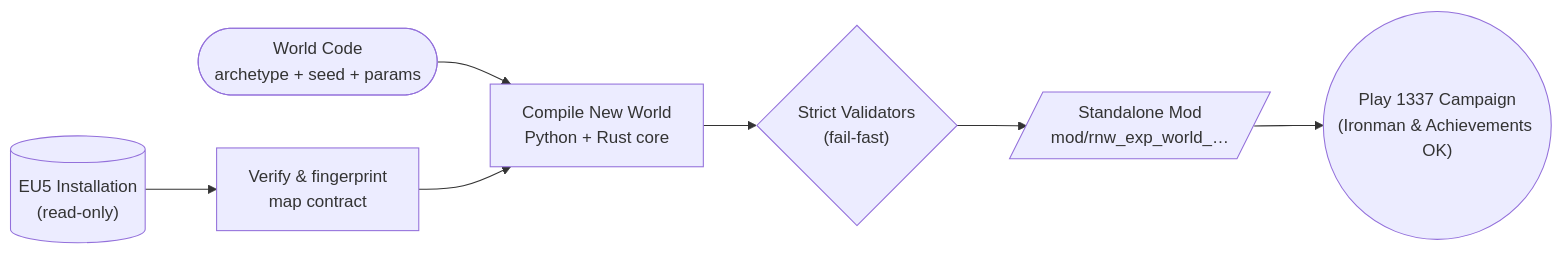
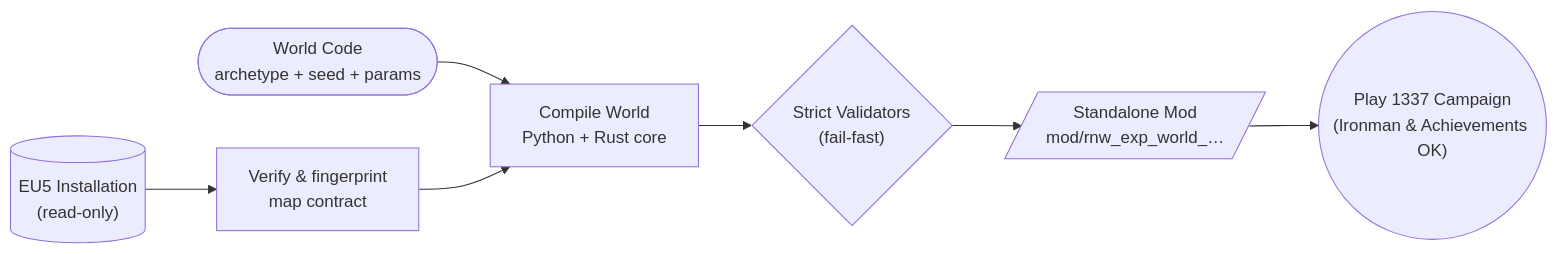
The diagram in README.md (Sir-Starch/eu5-random-new-world), drawn with Mermaid before and after one commit. The commit also changed other lines of this file and 14 other files, not shown here.

````diff
--- a/README.md
+++ b/README.md
@@ -122,10 +122,10 @@
 ```mermaid
 flowchart LR
     G[("EU5 Installation<br/>(read-only)")] --> R["Verify & fingerprint<br/>map contract"]
     C(["World Code<br/>archetype + seed + params"]) --> W
-    R --> W["Compile New World<br/>Python + Rust core"]
+    R --> W["Compile World<br/>Python + Rust core"]
     W --> V{"Strict Validators<br/>(fail-fast)"}
     V --> M[/"Standalone Mod<br/>mod/rnw_exp_world_…"/]
     M --> P(("Play 1337 Campaign<br/>(Ironman & Achievements OK)"))
 
 ```
````
